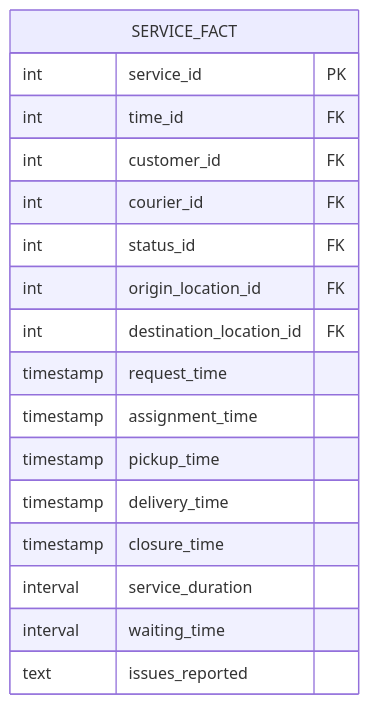
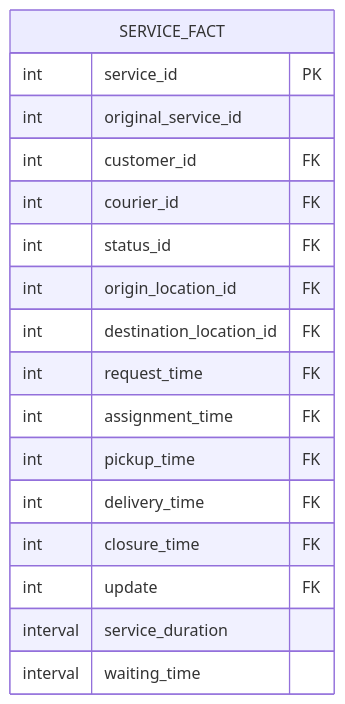
The seventh of 8 diagrams in dimensions_fact_table_and_data_mart.md (LONG-TERM-EFFECTS-OF-SUFFERING/Rapidos_y_Furiosos_data_warehouse), drawn with Mermaid before and after one commit. The commit also changed other lines of this file and 1 other file, not shown here.

Commit message:
edit Time dimension and the fact table and complete the bus matrix

````diff
--- a/dimensions_fact_table_and_data_mart.md
+++ b/dimensions_fact_table_and_data_mart.md
@@ -68,20 +87,20 @@
 ```MERMAID
 erDiagram
     SERVICE_FACT {
         int service_id PK
-        int time_id FK
+        int original_service_id
         int customer_id FK
         int courier_id FK
         int status_id FK
         int origin_location_id FK
         int destination_location_id FK
-        timestamp request_time
-        timestamp assignment_time
-        timestamp pickup_time
-        timestamp delivery_time
-        timestamp closure_time
+        int request_time FK
+        int assignment_time FK
+        int pickup_time FK
+        int delivery_time FK
+        int closure_time FK
+        int update FK
         interval service_duration
         interval waiting_time
-        text issues_reported
     }
 ```
````
